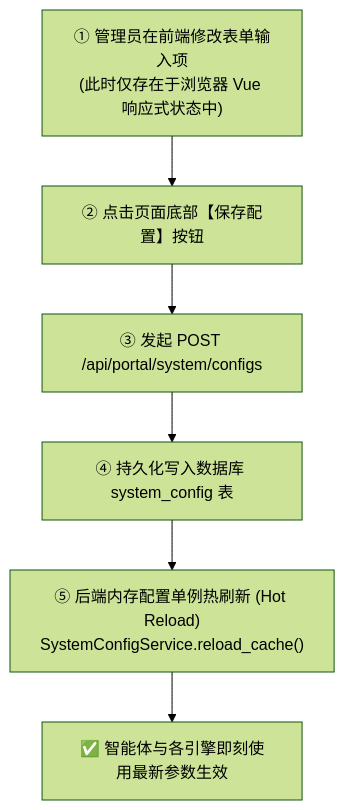
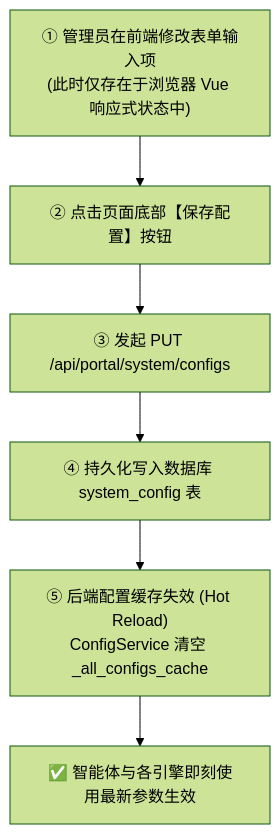
Diagram 20 of 20 in FAQ.md (RandyChen1985/nanzi-ai-agent-platform), drawn with Mermaid (forest theme) before and after one commit. The commit also changed other lines of this file, not shown here.

````diff
--- a/FAQ.md
+++ b/FAQ.md
@@ -2956,8 +3207,8 @@
 ```mermaid
 flowchart TD
     Edit["① 管理员在前端修改表单输入项<br>(此时仅存在于浏览器 Vue 响应式状态中)"] --> ClickSave["② 点击页面底部【保存配置】按钮"]
-    ClickSave --> API["③ 发起 POST /api/portal/system/configs"]
+    ClickSave --> API["③ 发起 PUT /api/portal/system/configs"]
     API --> DB["④ 持久化写入数据库 system_config 表"]
-    DB --> Cache["⑤ 后端内存配置单例热刷新 (Hot Reload)<br>SystemConfigService.reload_cache()"]
+    DB --> Cache["⑤ 后端配置缓存失效 (Hot Reload)<br>ConfigService 清空 _all_configs_cache"]
     Cache --> Effective["✅ 智能体与各引擎即刻使用最新参数生效"]
 ```
````
